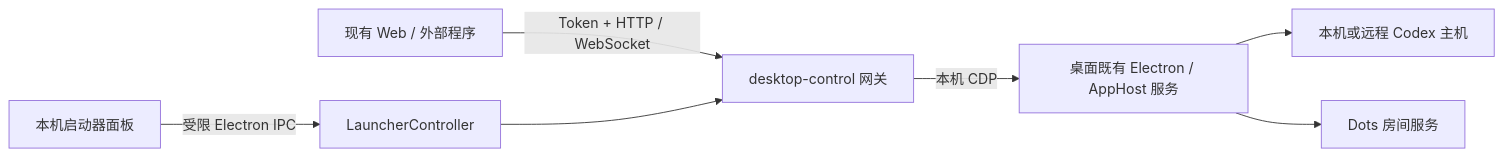
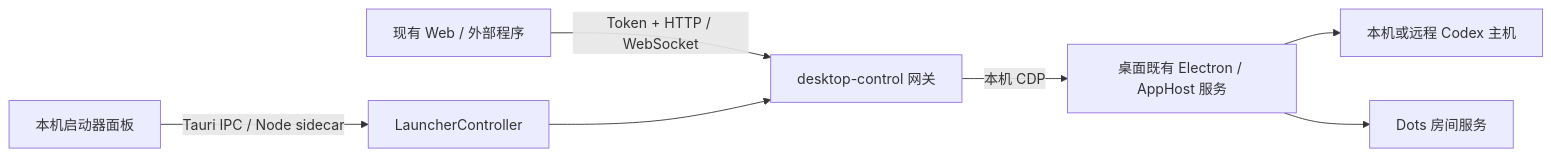
The diagram in docs/plugin-api-reference.md (loock-ai/codex-launcher), drawn with Mermaid before and after one commit. The commit also changed other lines of this file and 69 other files, not shown here.

````diff
--- a/docs/plugin-api-reference.md
+++ b/docs/plugin-api-reference.md
@@ -26,9 +26,9 @@
 ```mermaid
 flowchart LR
     W["现有 Web / 外部程序"] -->|"Token + HTTP / WebSocket"| G["desktop-control 网关"]
-    L["本机启动器面板"] -->|"受限 Electron IPC"| C["LauncherController"]
+    L["本机启动器面板"] -->|"Tauri IPC / Node sidecar"| C["LauncherController"]
     C --> G
     G -->|"本机 CDP"| D["桌面既有 Electron / AppHost 服务"]
     D --> H["本机或远程 Codex 主机"]
     D --> R["Dots 房间服务"]
 ```
````
